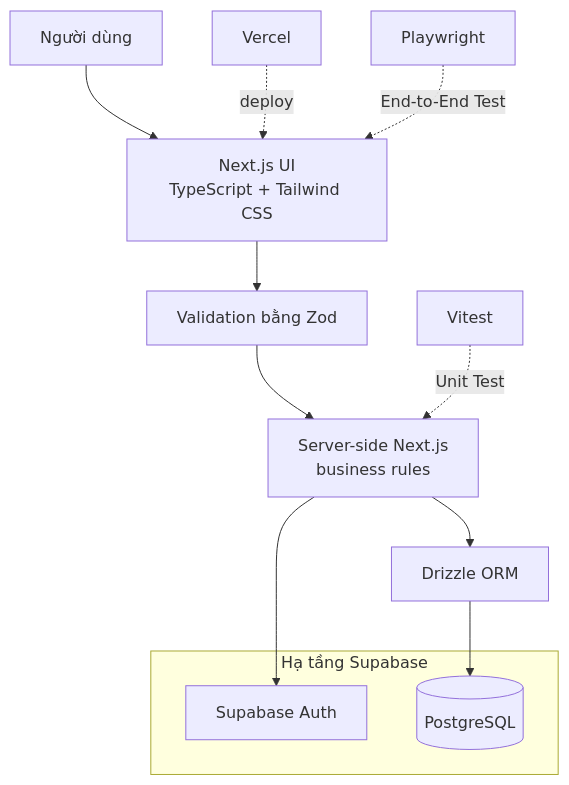
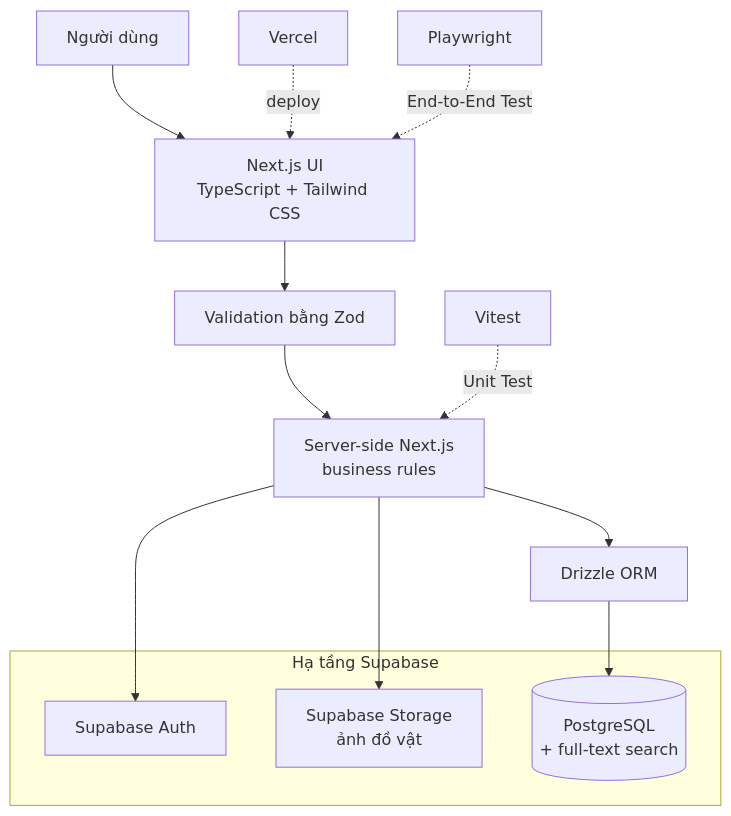
One commit to JohnnyPhan1712/unifound changed the diagram in docs/02_reports/03_development.md. Above: the diagram before and after it, drawn with Mermaid. The commit also changed other lines of this file and 32 other files, not shown here.

````diff
--- a/docs/02_reports/03_development.md
+++ b/docs/02_reports/03_development.md
@@ -15,18 +27,20 @@
 ```mermaid
 flowchart TD
     User[Người dùng] --> UI[Next.js UI<br/>TypeScript + Tailwind CSS]
     UI --> Zod[Validation bằng Zod]
     Zod --> Server[Server-side Next.js<br/>business rules]
     Server --> Auth[Supabase Auth]
     Server --> Drizzle[Drizzle ORM]
-    Drizzle --> PG[(PostgreSQL)]
+    Server --> Storage[Supabase Storage<br/>ảnh đồ vật]
+    Drizzle --> PG[(PostgreSQL<br/>+ full-text search)]
 
     subgraph Supabase[Hạ tầng Supabase]
         Auth
         PG
+        Storage
     end
 
     Vercel[Vercel] -. deploy .-> UI
     Vitest[Vitest] -. Unit Test .-> Server
     Playwright[Playwright] -. End-to-End Test .-> UI
 ```
````
